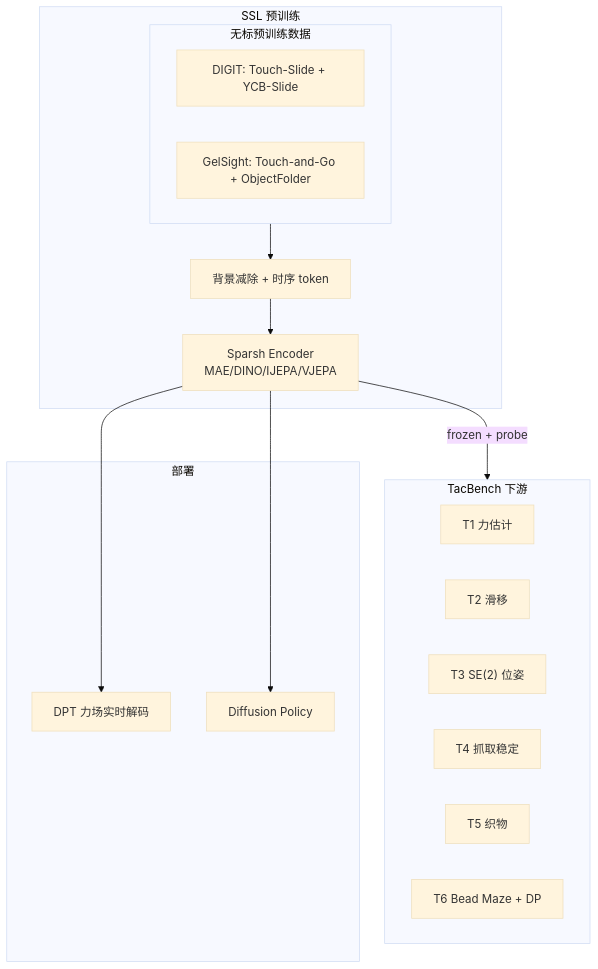
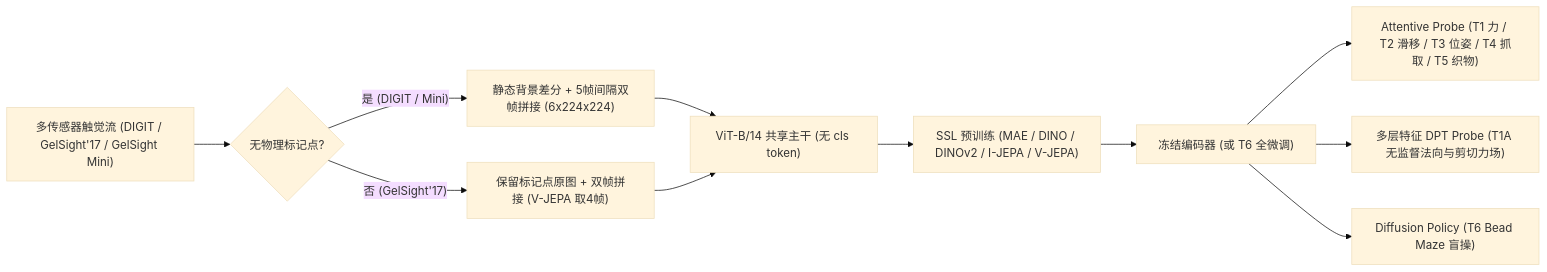
Before and after one commit to ImChong/Robotics_Notebooks: the first of 2 diagrams in wiki/entities/paper-sparsh.md, drawn with Mermaid (base theme). The commit also changed other lines of this file and 151 other files, not shown here.

````diff
--- a/wiki/entities/paper-sparsh.md
+++ b/wiki/entities/paper-sparsh.md
@@ -84,27 +90,13 @@
 ```mermaid
-flowchart TB
-  subgraph data [无标预训练数据]
-    digit["DIGIT: Touch-Slide + YCB-Slide"]
-    gel["GelSight: Touch-and-Go + ObjectFolder"]
-  end
-  subgraph ssl [SSL 预训练]
-    prep["背景减除 + 时序 token"]
-    enc["Sparsh Encoder<br/>MAE/DINO/IJEPA/VJEPA"]
-    data --> prep --> enc
-  end
-  subgraph bench [TacBench 下游]
-    t1["T1 力估计"]
-    t2["T2 滑移"]
-    t3["T3 SE(2) 位姿"]
-    t4["T4 抓取稳定"]
-    t5["T5 织物"]
-    t6["T6 Bead Maze + DP"]
-  end
-  subgraph deploy [部署]
-    ff["DPT 力场实时解码"]
-    pol["Diffusion Policy"]
-  end
-  enc -->|"frozen + probe"| bench
-  enc --> ff
-  enc --> pol
+flowchart LR
+    RAW["多传感器触觉流 (DIGIT / GelSight'17 / GelSight Mini)"] --> PP{"无物理标记点?"}
+    PP -- "是 (DIGIT / Mini)" --> BG["静态背景差分 + 5帧间隔双帧拼接 (6x224x224)"]
+    PP -- "否 (GelSight'17)" --> PAIR["保留标记点原图 + 双帧拼接 (V-JEPA 取4帧)"]
+    BG --> VIT["ViT-B/14 共享主干 (无 cls token)"]
+    PAIR --> VIT
+    VIT --> SSL["SSL 预训练 (MAE / DINO / DINOv2 / I-JEPA / V-JEPA)"]
+    SSL --> FRZ["冻结编码器 (或 T6 全微调)"]
+    FRZ --> AP["Attentive Probe (T1 力 / T2 滑移 / T3 位姿 / T4 抓取 / T5 织物)"]
+    FRZ --> DPT["多层特征 DPT Probe (T1A 无监督法向与剪切力场)"]
+    FRZ --> DP["Diffusion Policy (T6 Bead Maze 盲操)"]
 ```
````
